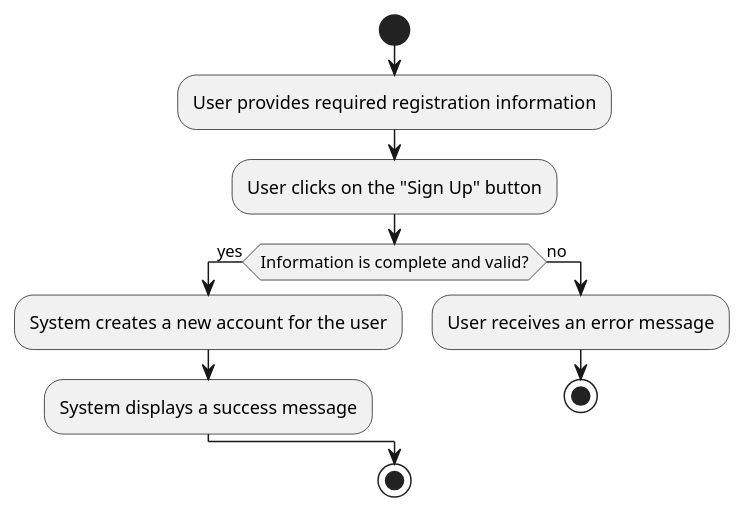
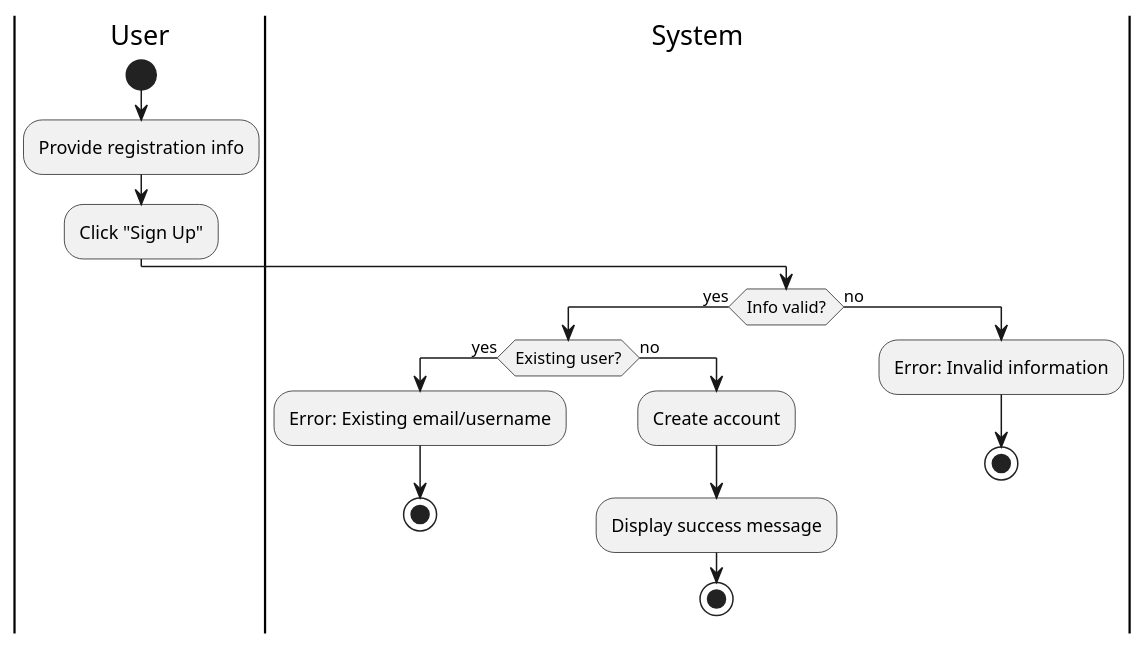
Before and after one commit to tungbeo0221/Forked-crosscodex.github.io: the first of 22 diagrams in docs/checkpoint_1/use_cases.md, drawn with PlantUML. The commit also changed other lines of this file and 39 other files, not shown here.

````diff
--- a/docs/checkpoint_1/use_cases.md
+++ b/docs/checkpoint_1/use_cases.md
@@ -24,15 +24,22 @@
 ```plantuml
 @startuml
+|User|
 start
-:User provides required registration information;
-:User clicks on the "Sign Up" button;
-if (Information is complete and valid?) then (yes)
-  :System creates a new account for the user;
-  :System displays a success message;
+:Provide registration info;
+:Click "Sign Up";
+|System|
+if (Info valid?) then (yes)
+  if (Existing user?) then (yes)
+    :Error: Existing email/username;
+    stop
+  else (no)
+    :Create account;
+    :Display success message;
+    stop
+  endif
 else (no)
-  :User receives an error message;
+  :Error: Invalid information;
   stop
 endif
-stop
 @enduml
 ```
````
